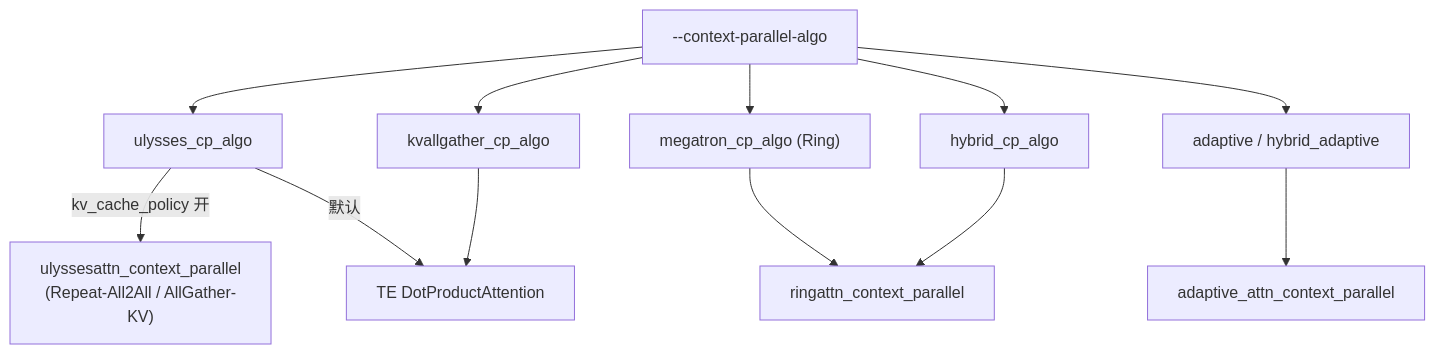
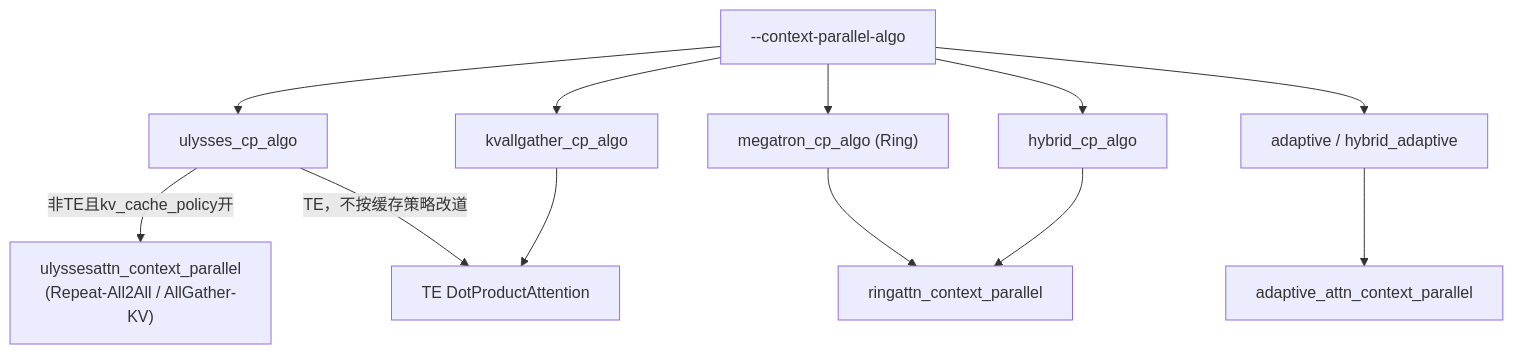
Before and after one commit to Atlas-Ascend-Fork/cannbot-knowledge: the first of 3 diagrams in knowledge/model/training/concepts/parallelism/context_parallel_train.md, drawn with Mermaid. The commit also changed other lines of this file and 441 other files, not shown here.

````diff
--- a/knowledge/model/training/concepts/parallelism/context_parallel_train.md
+++ b/knowledge/model/training/concepts/parallelism/context_parallel_train.md
@@ -42,14 +45,14 @@
 ```mermaid
 flowchart TD
   A["--context-parallel-algo"] --> U["ulysses_cp_algo"]
   A --> R["megatron_cp_algo (Ring)"]
   A --> H["hybrid_cp_algo"]
   A --> K["kvallgather_cp_algo"]
   A --> AD["adaptive / hybrid_adaptive"]
-  U -->|kv_cache_policy 开| UC["ulyssesattn_context_parallel<br/>(Repeat-All2All / AllGather-KV)"]
-  U -->|默认| TE["TE DotProductAttention"]
+  U -->|非TE且kv_cache_policy开| UC["ulyssesattn_context_parallel<br/>(Repeat-All2All / AllGather-KV)"]
+  U -->|TE，不按缓存策略改道| TE["TE DotProductAttention"]
   R --> RC["ringattn_context_parallel"]
   H --> RC
   K --> TE
   AD --> ADC["adaptive_attn_context_parallel"]
 ```
````
